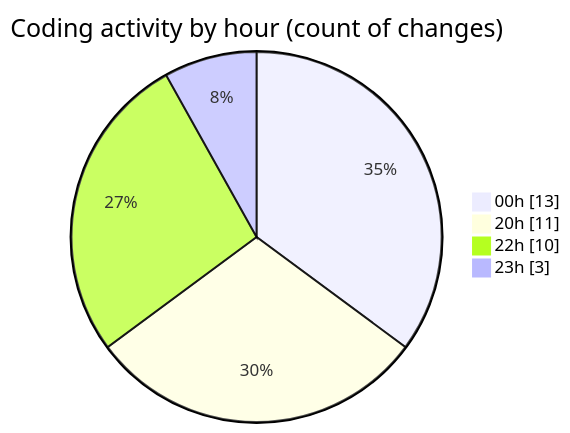
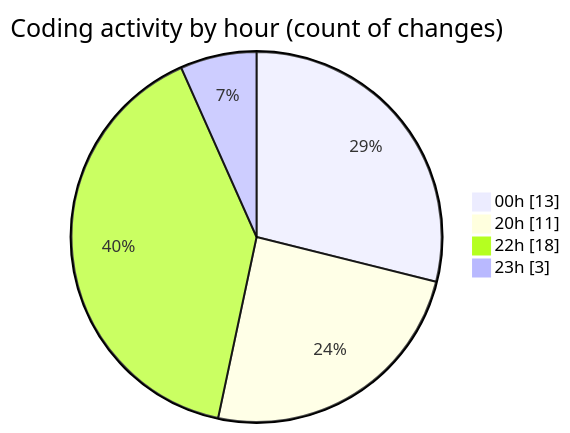
The second of 2 diagrams in 2025-04-22/echo/README.md (Netris89/code-tracking), drawn with Mermaid before and after one commit. The commit also changed other lines of this file and 1 other file, not shown here.

````diff
--- a/2025-04-22/echo/README.md
+++ b/2025-04-22/echo/README.md
@@ -36,8 +36,8 @@
 ```mermaid
 pie showData
 title Coding activity by hour (count of changes)
 "00h" : 13
 "20h" : 11
-"22h" : 10
+"22h" : 18
 "23h" : 3
 ```
````
